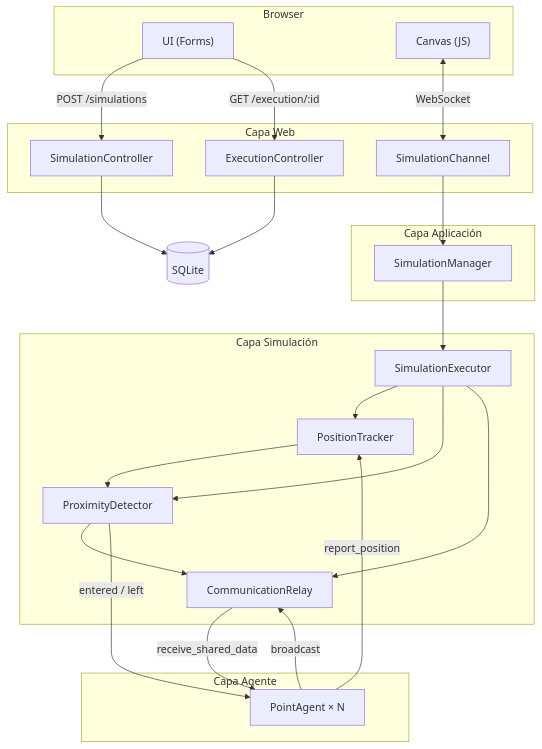
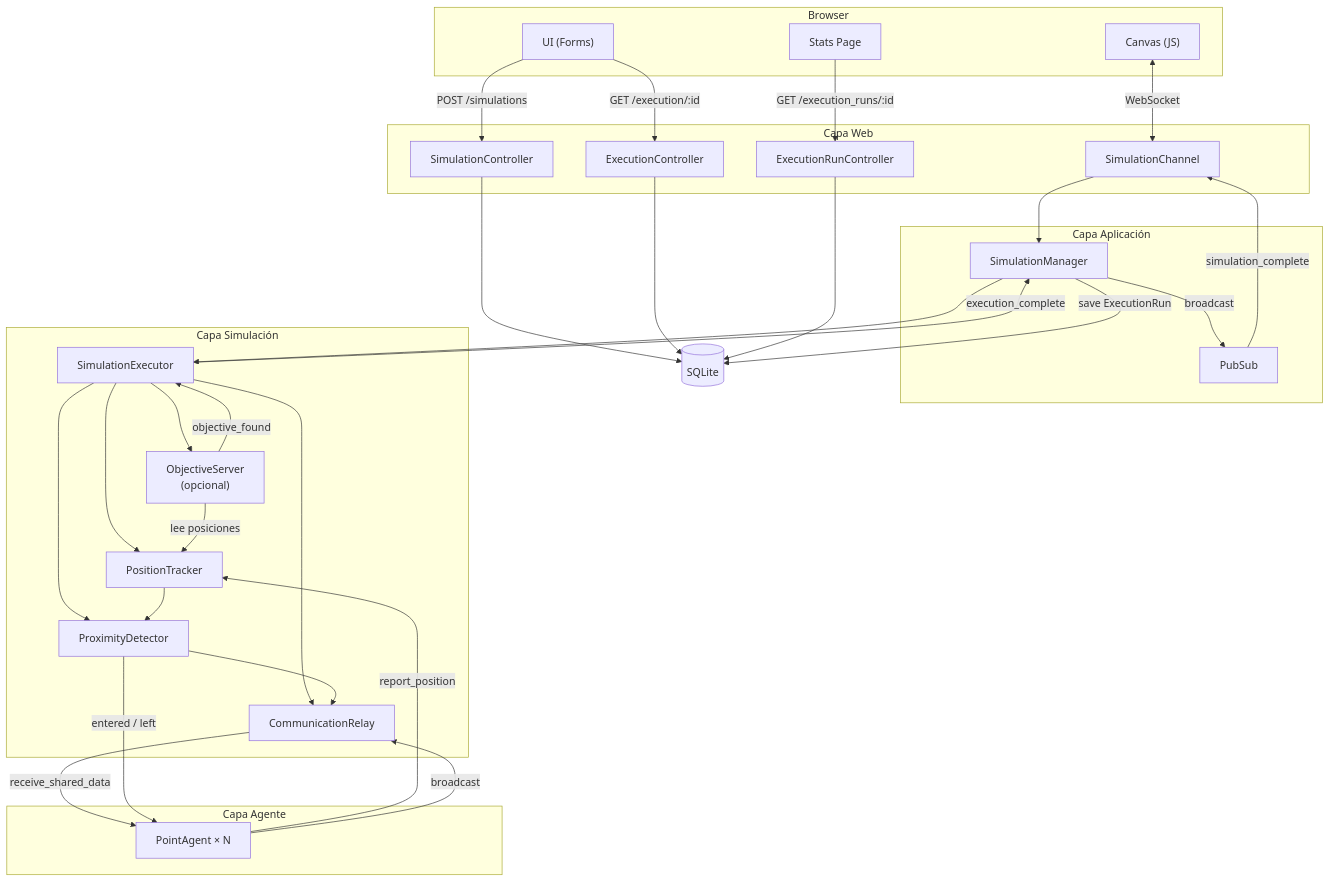
The first of 11 diagrams in docs/data_flows.md (FLAGlab/Elixir-Swarm-Simulator), drawn with Mermaid before and after one commit. The commit also changed other lines of this file and 41 other files, not shown here.

First line of the commit message:
Add objectives system, execution runs, and environment enhancements

````diff
--- a/docs/data_flows.md
+++ b/docs/data_flows.md
@@ -8,45 +8,57 @@
 ```mermaid
 flowchart TD
     subgraph Browser
         UI["UI (Forms)"]
         Canvas["Canvas (JS)"]
+        Stats["Stats Page"]
     end
 
     subgraph Web["Capa Web"]
         SC["SimulationController"]
         EC["ExecutionController"]
+        ERC["ExecutionRunController"]
         Ch["SimulationChannel"]
     end
 
     subgraph App["Capa Aplicación"]
         Mg["SimulationManager"]
+        PS["PubSub"]
     end
 
     subgraph Sim["Capa Simulación"]
         Ex["SimulationExecutor"]
         PT["PositionTracker"]
         PD["ProximityDetector"]
         CR["CommunicationRelay"]
+        OS["ObjectiveServer\n(opcional)"]
     end
 
     subgraph Agents["Capa Agente"]
         A["PointAgent × N"]
     end
 
     DB[("SQLite")]
 
     UI -- "POST /simulations" --> SC
     SC --> DB
     UI -- "GET /execution/:id" --> EC
     EC --> DB
+    Stats -- "GET /execution_runs/:id" --> ERC
+    ERC --> DB
     Canvas <-- "WebSocket" --> Ch
     Ch --> Mg
     Mg --> Ex
-    Ex --> PT & PD & CR
+    Ex --> PT & PD & CR & OS
     PT --> PD
     PD --> CR
+    OS -- "lee posiciones" --> PT
+    OS -- "objective_found" --> Ex
+    Ex -- "execution_complete" --> Mg
+    Mg -- "save ExecutionRun" --> DB
+    Mg -- "broadcast" --> PS
+    PS -- "simulation_complete" --> Ch
     A -- "report_position" --> PT
     A -- "broadcast" --> CR
     CR -- "receive_shared_data" --> A
     PD -- "entered / left" --> A
 ```
````
